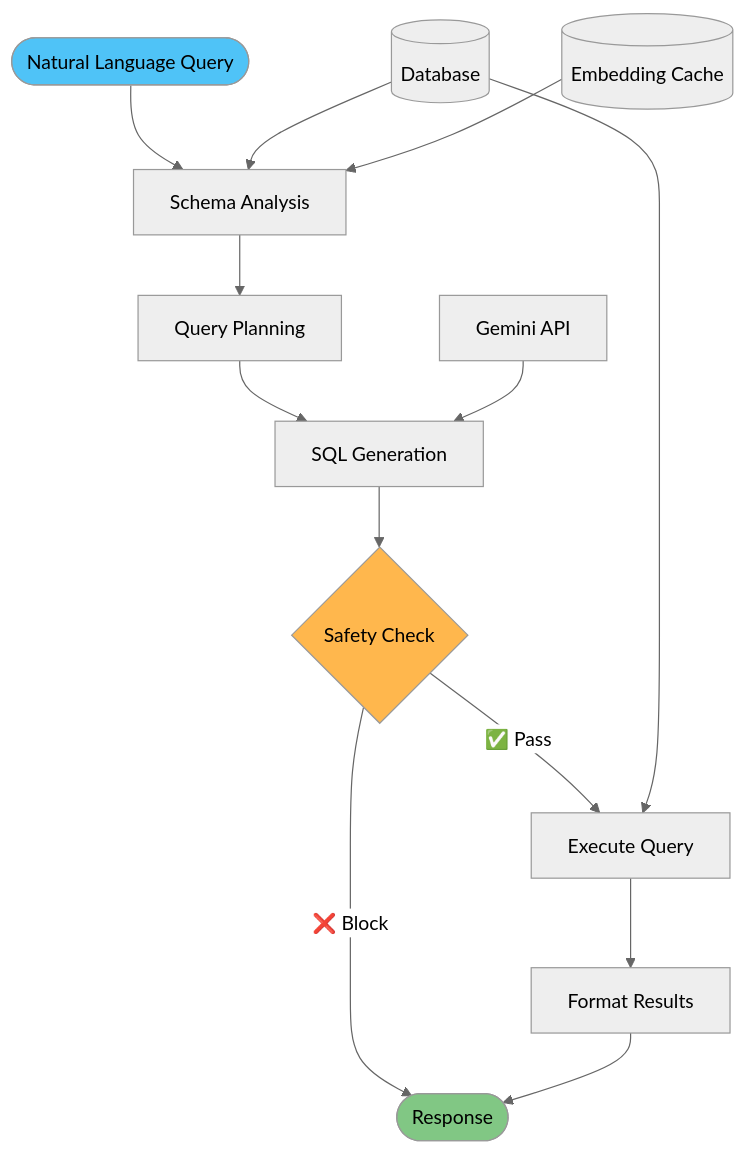
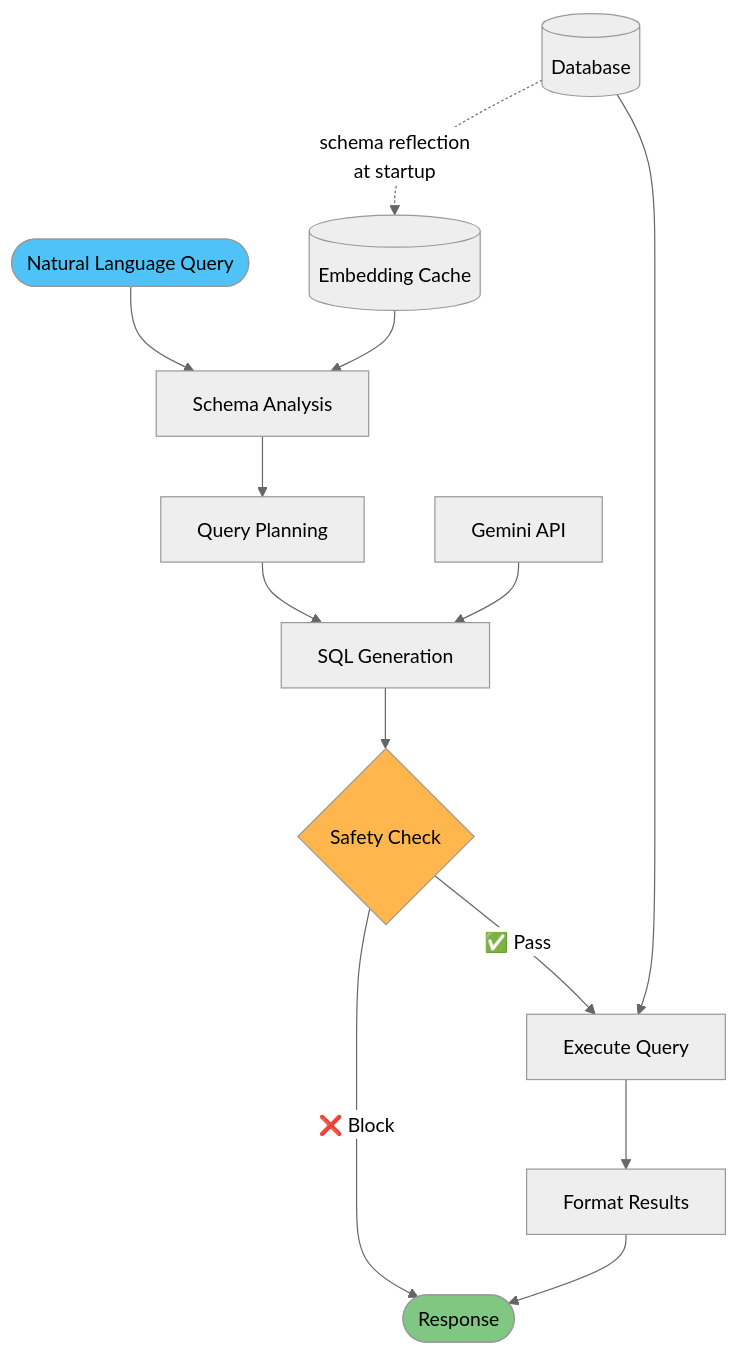
One commit to keo571/netquery changed the diagram in README.md. Above: the diagram before and after it, drawn with Mermaid (neutral theme).

Commit message:
Accurately show schema reflection happens once, then cache is used
- Database reflects schema to Embedding Cache only once at startup (dotted line)
- Schema Analysis then uses cached embeddings for all queries (solid line)
- Shows the actual caching architecture: one-time reflection, repeated cache usage
- Dotted line indicates one-time setup, solid line shows runtime usage
- More accurate representation of performance optimization

🤖 Generated with [Claude Code](https://claude.ai/code)

````diff
--- a/README.md
+++ b/README.md
@@ -7,20 +7,20 @@
 ```mermaid
 flowchart TD
     A([Natural Language Query]) --> B[Schema Analysis]
     B --> C[Query Planning] 
     C --> D[SQL Generation]
     D --> E{Safety Check}
     E -->|✅ Pass| F[Execute Query]
     E -->|❌ Block| H
     F --> G[Format Results]
     G --> H([Response])
     
-    DB[(Database)] --> B
+    DB[(Database)] -.->|schema reflection<br/>at startup| CACHE
     CACHE[(Embedding Cache)] --> B
     LLM[Gemini API] --> D
     DB --> F
     
     style A fill:#4FC3F7,color:#000
     style H fill:#81C784,color:#000
     style E fill:#FFB74D,color:#000
 ```
````
